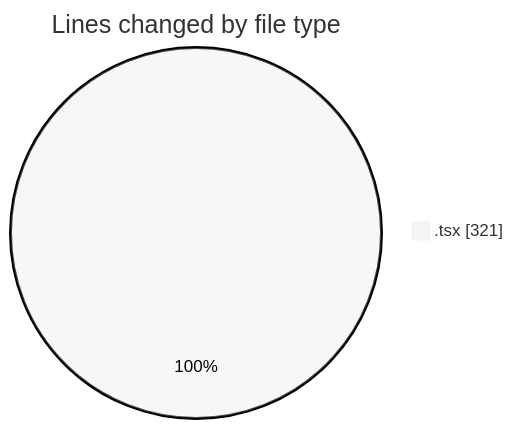
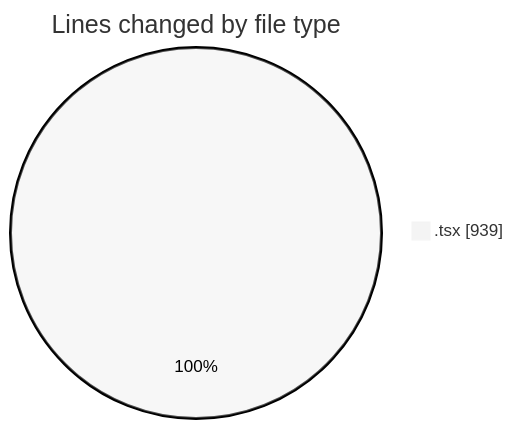
The first of 2 diagrams in 2025-06-17/cda/README.md (momahboobian/code-tracking), drawn with Mermaid (neutral theme) before and after one commit. The commit also changed other lines of this file and 1 other file, not shown here.

````diff
--- a/2025-06-17/cda/README.md
+++ b/2025-06-17/cda/README.md
@@ -21,5 +21,5 @@
 ```mermaid
 pie showData
 title Lines changed by file type
-".tsx" : 321
+".tsx" : 939
 ```
````
